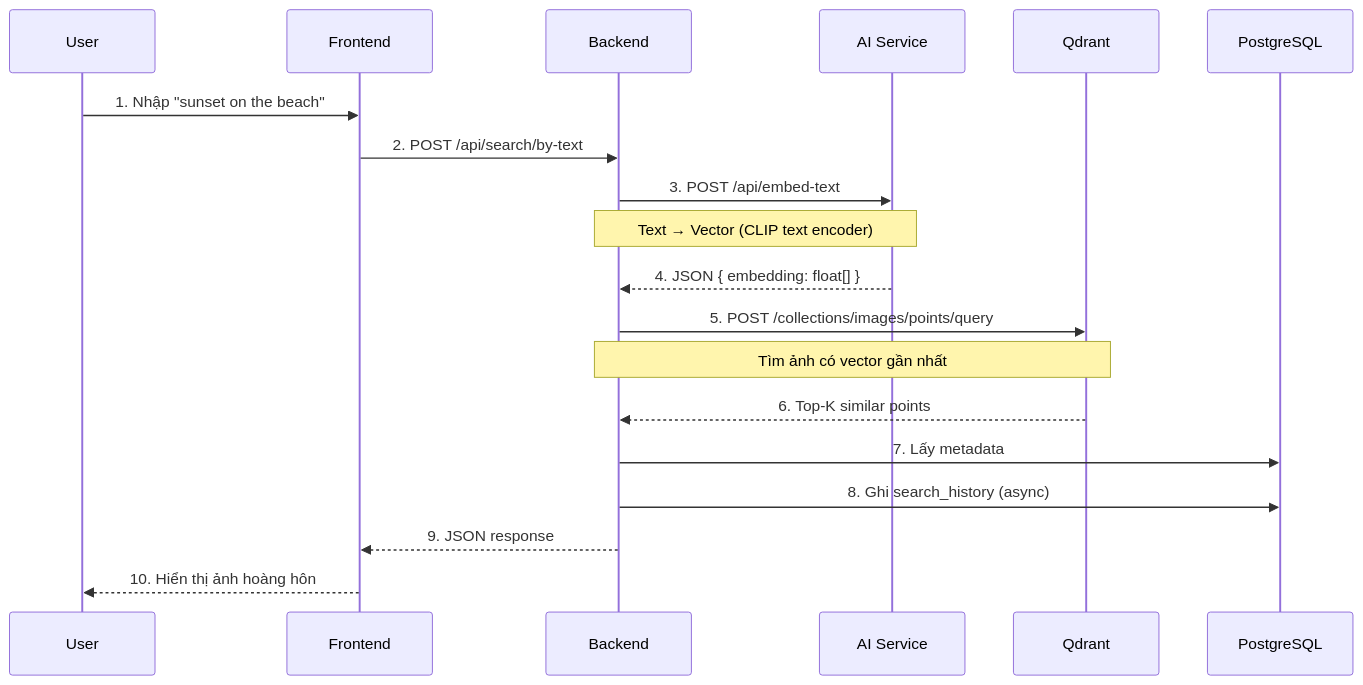
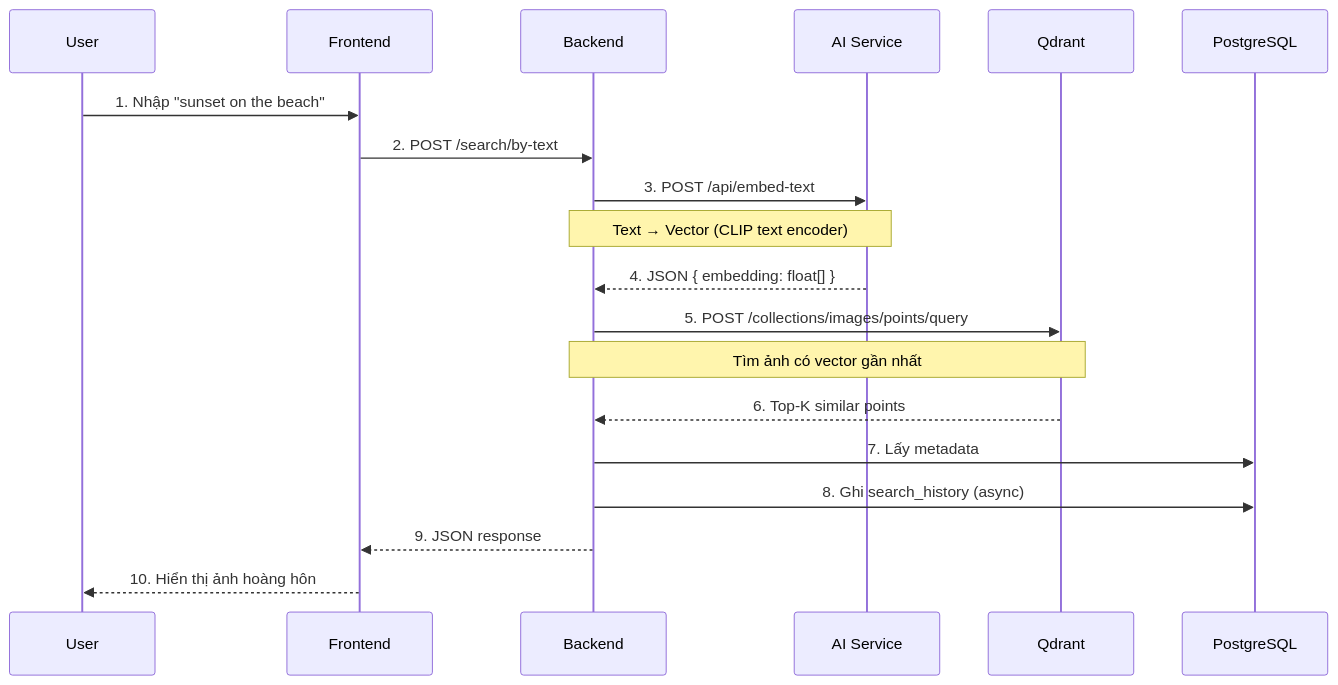
Before and after one commit to doanhacker/Nobisoft-Intern: the third of 5 diagrams in docs/api_flow_documentation.md, drawn with Mermaid. The commit also changed other lines of this file and 8 other files, not shown here.

````diff
--- a/docs/api_flow_documentation.md
+++ b/docs/api_flow_documentation.md
@@ -388,26 +423,26 @@
 ```mermaid
 sequenceDiagram
     participant User
     participant FE as Frontend
     participant BE as Backend
     participant AI as AI Service
     participant QD as Qdrant
     participant PG as PostgreSQL
 
     User->>FE: 1. Nhập "sunset on the beach"
-    FE->>BE: 2. POST /api/search/by-text
+    FE->>BE: 2. POST /search/by-text
 
     BE->>AI: 3. POST /api/embed-text
     Note over BE,AI: Text → Vector (CLIP text encoder)
     AI-->>BE: 4. JSON { embedding: float[] }
 
     BE->>QD: 5. POST /collections/images/points/query
     Note over BE,QD: Tìm ảnh có vector gần nhất
     QD-->>BE: 6. Top-K similar points
 
     BE->>PG: 7. Lấy metadata
     BE->>PG: 8. Ghi search_history (async)
 
     BE-->>FE: 9. JSON response
     FE-->>User: 10. Hiển thị ảnh hoàng hôn
 ```
````
